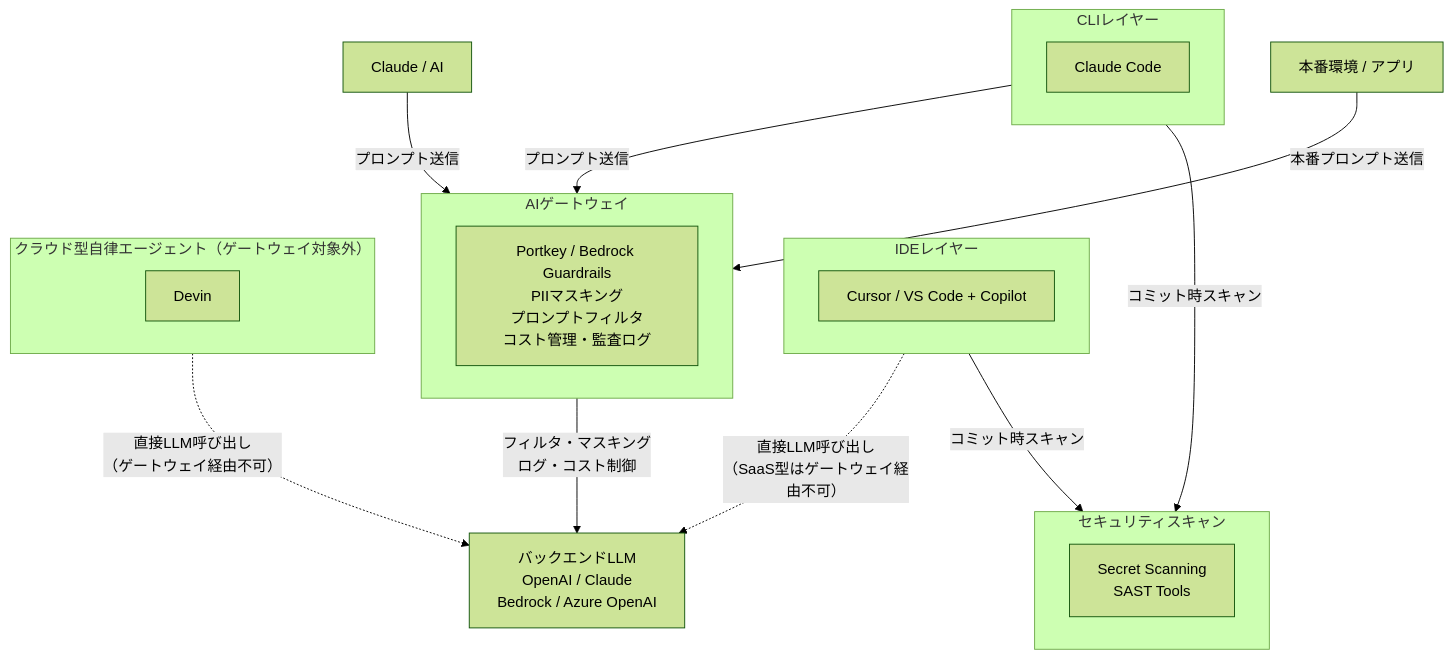
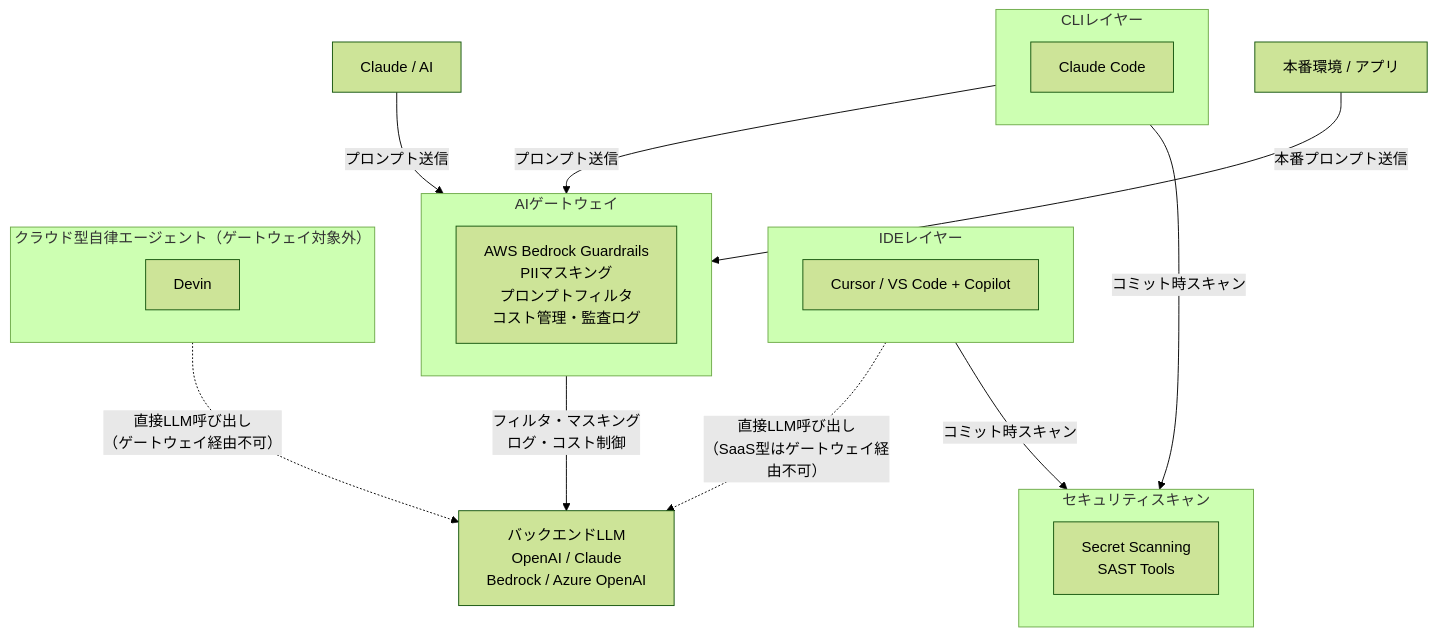
Before and after one commit to takuma39/ai: the fifth of 23 diagrams in AI駆動開発.md, drawn with Mermaid (forest theme). The commit also changed other lines of this file, not shown here.

````diff
--- a/AI駆動開発.md
+++ b/AI駆動開発.md
@@ -224,36 +217,36 @@
 ```mermaid
 graph TD
     subgraph ide["IDEレイヤー"]
         Cursor["Cursor / VS Code + Copilot"]
     end
 
     subgraph cli["CLIレイヤー"]
         CC["Claude Code"]
     end
 
     Claude["Claude / AI"]
     Prod["本番環境 / アプリ"]
 
     subgraph gateway["AIゲートウェイ"]
-        GWProxy["Portkey / Bedrock Guardrails<br/>PIIマスキング<br/>プロンプトフィルタ<br/>コスト管理・監査ログ"]
+        GWProxy["AWS Bedrock Guardrails<br/>PIIマスキング<br/>プロンプトフィルタ<br/>コスト管理・監査ログ"]
     end
 
     LLM["バックエンドLLM<br/>OpenAI / Claude<br/>Bedrock / Azure OpenAI"]
 
     subgraph security["セキュリティスキャン"]
         SecScan["Secret Scanning<br/>SAST Tools"]
     end
 
     subgraph saas_agent["クラウド型自律エージェント（ゲートウェイ対象外）"]
         Devin["Devin"]
     end
 
     cli -->|"プロンプト送信"| gateway
     Claude -->|"プロンプト送信"| gateway
     Prod -->|"本番プロンプト送信"| gateway
     gateway -->|"フィルタ・マスキング<br/>ログ・コスト制御"| LLM
     ide -.->|"直接LLM呼び出し<br/>（SaaS型はゲートウェイ経由不可）"| LLM
     cli -->|"コミット時スキャン"| security
     ide -->|"コミット時スキャン"| security
     saas_agent -.->|"直接LLM呼び出し<br/>（ゲートウェイ経由不可）"| LLM
 ```
````
